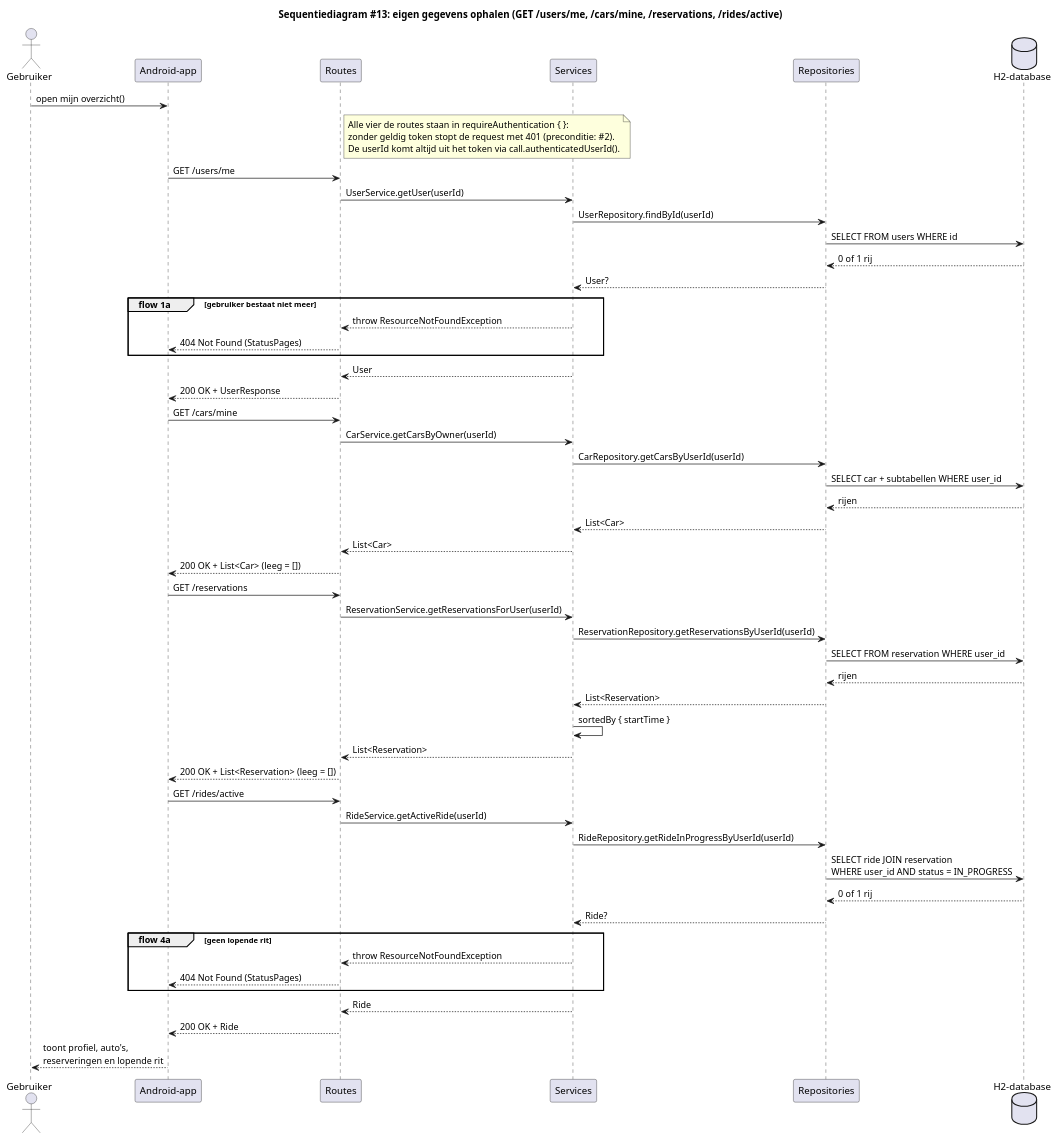
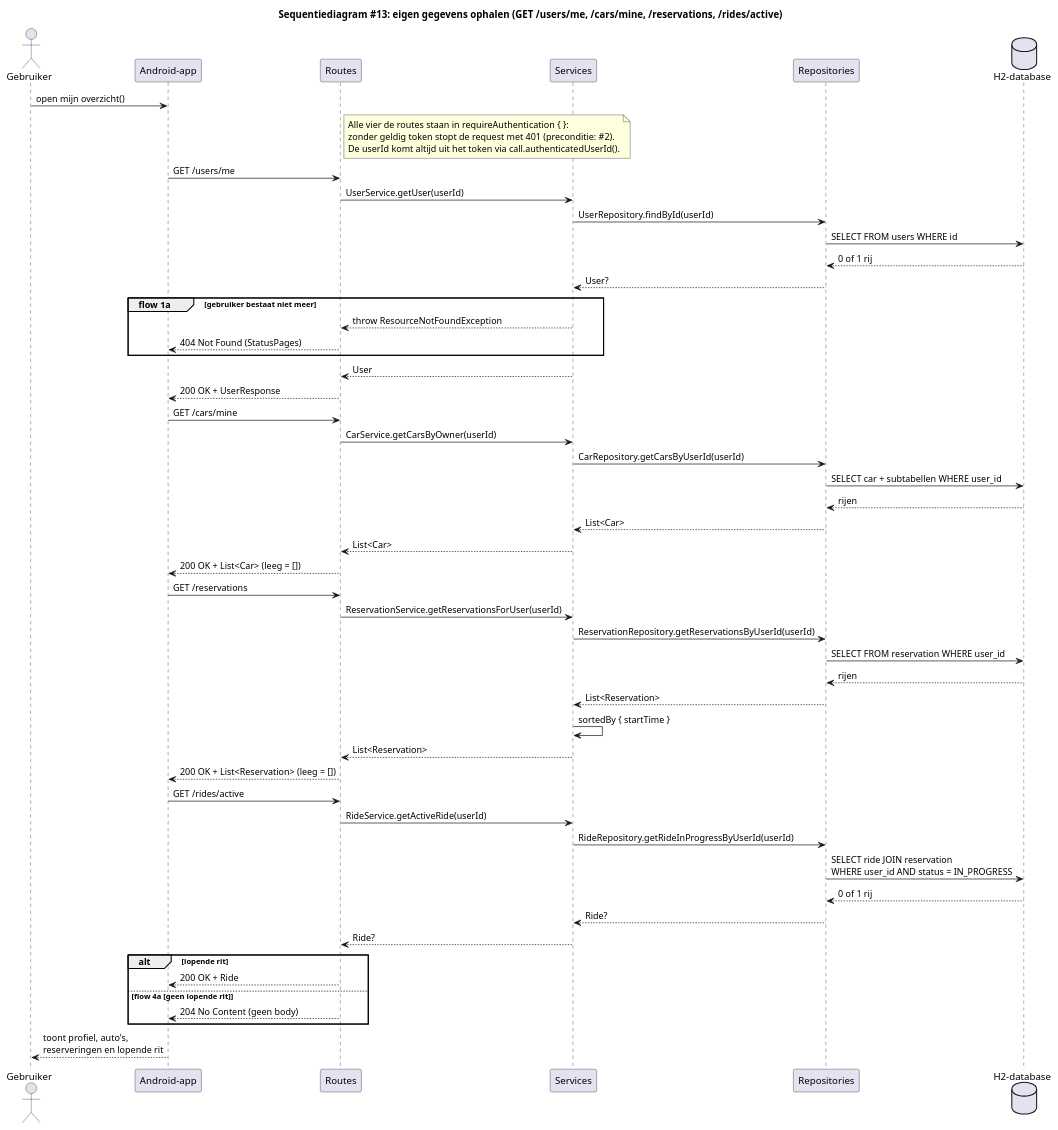
Before and after one commit to MarkPrins18/hbo-leerjaar2: the diagram in diagrams/sequence/MyOverview.puml, drawn with PlantUML. The commit also changed 1 other file, not shown here.

Commit message:
docs: geen lopende rit geeft 204 in MyOverview en getActiveRide geeft Ride?

```diff
--- a/diagrams/sequence/MyOverview.puml
+++ b/diagrams/sequence/MyOverview.puml
@@ -1,68 +1,68 @@
 @startuml MyOverview
 title Sequentiediagram #13: eigen gegevens ophalen (GET /users/me, /cars/mine, /reservations, /rides/active)
 
 actor Gebruiker as g
 participant "Android-app" as app
 participant "Routes" as rt
 participant "Services" as svc
 participant "Repositories" as repo
 database "H2-database" as db
 
 g -> app : open mijn overzicht()
 note right of rt
   Alle vier de routes staan in requireAuthentication { }:
   zonder geldig token stopt de request met 401 (preconditie: #2).
   De userId komt altijd uit het token via call.authenticatedUserId().
 end note
 
 app -> rt : GET /users/me
 rt -> svc : UserService.getUser(userId)
 svc -> repo : UserRepository.findById(userId)
 repo -> db : SELECT FROM users WHERE id
 db --> repo : 0 of 1 rij
 repo --> svc : User?
 
 group flow 1a [gebruiker bestaat niet meer]
     svc --> rt : throw ResourceNotFoundException
     rt --> app : 404 Not Found (StatusPages)
 end
 
 svc --> rt : User
 rt --> app : 200 OK + UserResponse
 
 app -> rt : GET /cars/mine
 rt -> svc : CarService.getCarsByOwner(userId)
 svc -> repo : CarRepository.getCarsByUserId(userId)
 repo -> db : SELECT car + subtabellen WHERE user_id
 db --> repo : rijen
 repo --> svc : List<Car>
 svc --> rt : List<Car>
 rt --> app : 200 OK + List<Car> (leeg = [])
 
 app -> rt : GET /reservations
 rt -> svc : ReservationService.getReservationsForUser(userId)
 svc -> repo : ReservationRepository.getReservationsByUserId(userId)
 repo -> db : SELECT FROM reservation WHERE user_id
 db --> repo : rijen
 repo --> svc : List<Reservation>
 svc -> svc : sortedBy { startTime }
 svc --> rt : List<Reservation>
 rt --> app : 200 OK + List<Reservation> (leeg = [])
 
 app -> rt : GET /rides/active
 rt -> svc : RideService.getActiveRide(userId)
 svc -> repo : RideRepository.getRideInProgressByUserId(userId)
 repo -> db : SELECT ride JOIN reservation\nWHERE user_id AND status = IN_PROGRESS
 db --> repo : 0 of 1 rij
 repo --> svc : Ride?
 
-group flow 4a [geen lopende rit]
-    svc --> rt : throw ResourceNotFoundException
-    rt --> app : 404 Not Found (StatusPages)
+svc --> rt : Ride?
+
+alt lopende rit
+    rt --> app : 200 OK + Ride
+else flow 4a [geen lopende rit]
+    rt --> app : 204 No Content (geen body)
 end
-
-svc --> rt : Ride
-rt --> app : 200 OK + Ride
 app --> g : toont profiel, auto's,\nreserveringen en lopende rit
 
 @enduml
```
